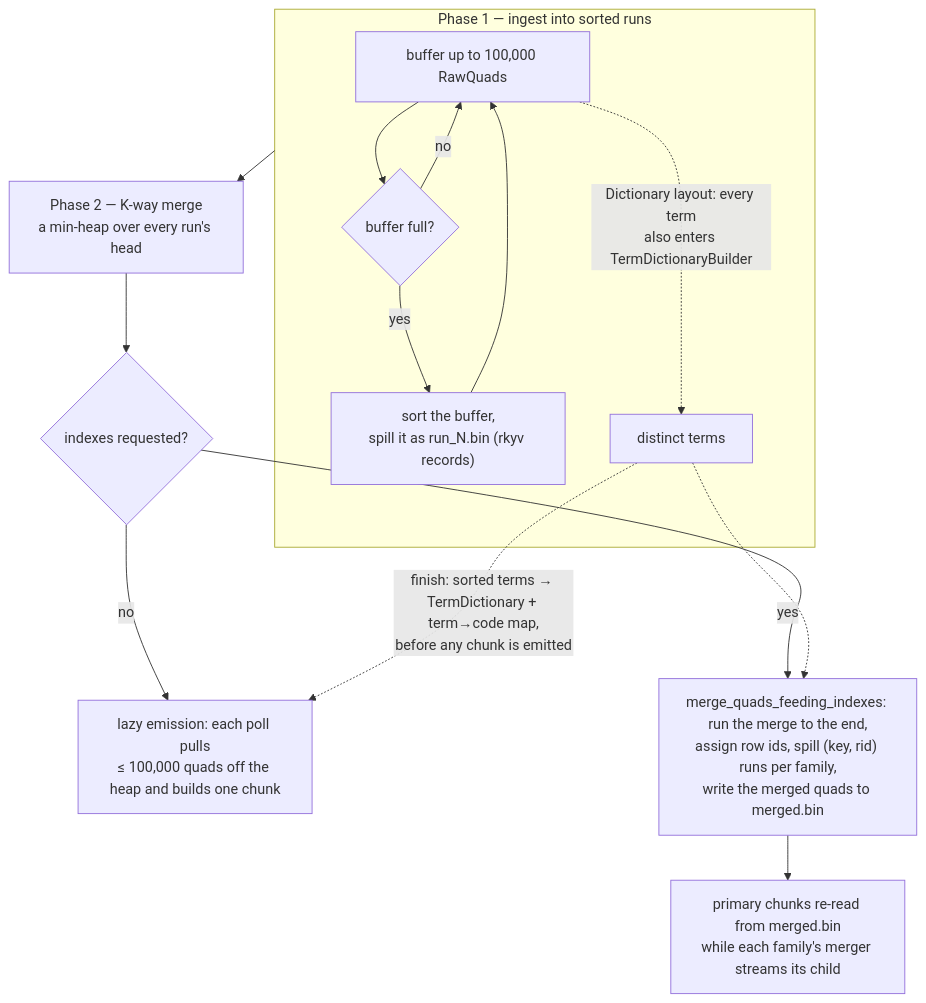
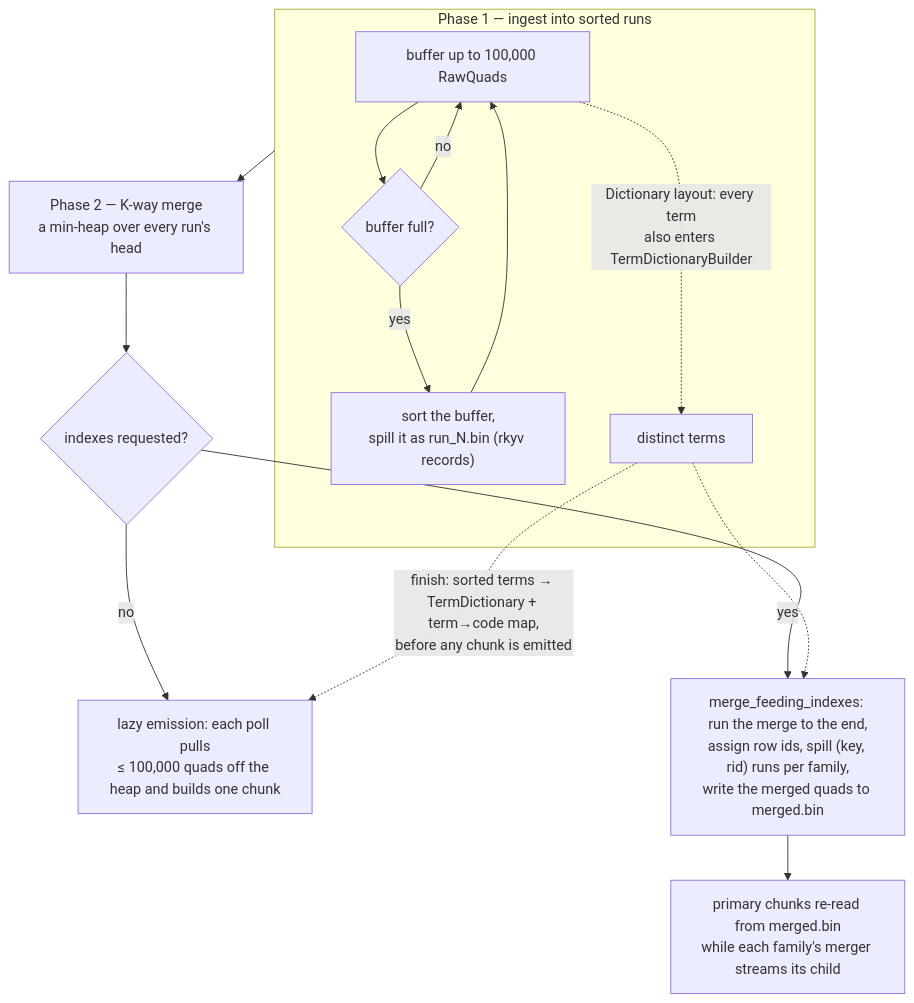
The third of 4 diagrams in docs/serialization.md (vortex-rdf/vortex-rdf), drawn with Mermaid before and after one commit. The commit also changed other lines of this file and 8 other files, not shown here.

````diff
--- a/docs/serialization.md
+++ b/docs/serialization.md
@@ -202,17 +202,17 @@
 ```mermaid
 flowchart TD
     subgraph P1 ["Phase 1 — ingest into sorted runs"]
         I1["buffer up to 100,000 RawQuads"] --> I2{"buffer full?"}
         I2 -- "yes" --> I3["sort the buffer,<br/>spill it as run_N.bin (rkyv records)"]
         I3 --> I1
         I2 -- "no" --> I1
         I1 -. "Dictionary layout: every term<br/>also enters TermDictionaryBuilder" .-> I4["distinct terms"]
     end
     P1 --> P2["Phase 2 — K-way merge<br/>a min-heap over every run's head"]
     P2 --> Q{"indexes requested?"}
     Q -- "no" --> E1["lazy emission: each poll pulls<br/>≤ 100,000 quads off the heap and builds one chunk"]
-    Q -- "yes" --> E2["merge_quads_feeding_indexes: run the merge to the end,<br/>assign row ids, spill (key, rid) runs per family,<br/>write the merged quads to merged.bin"]
+    Q -- "yes" --> E2["merge_feeding_indexes: run the merge to the end,<br/>assign row ids, spill (key, rid) runs per family,<br/>write the merged quads to merged.bin"]
     E2 --> E3["primary chunks re-read from merged.bin<br/>while each family's merger streams its child"]
     I4 -. "finish: sorted terms → TermDictionary + term→code map,<br/>before any chunk is emitted" .-> E1
     I4 -.-> E2
 ```
````
